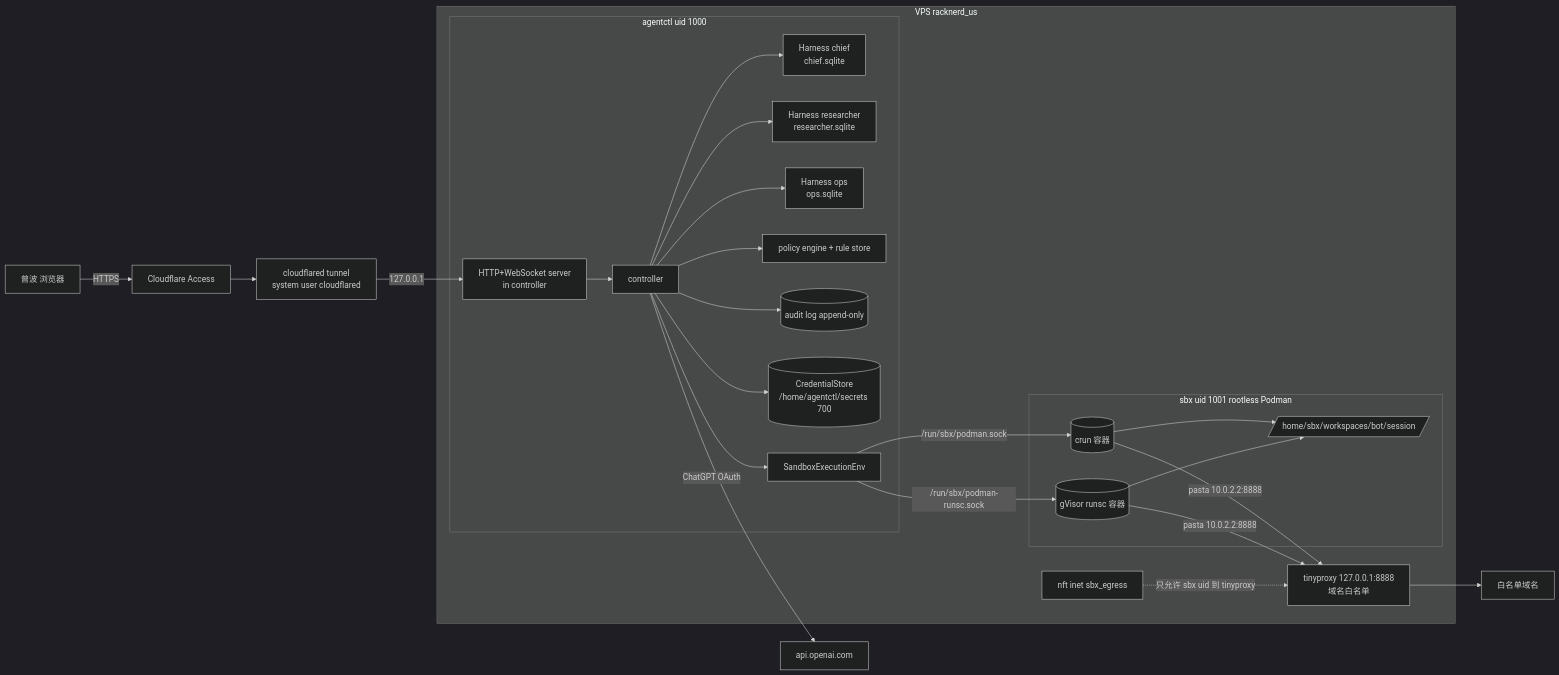
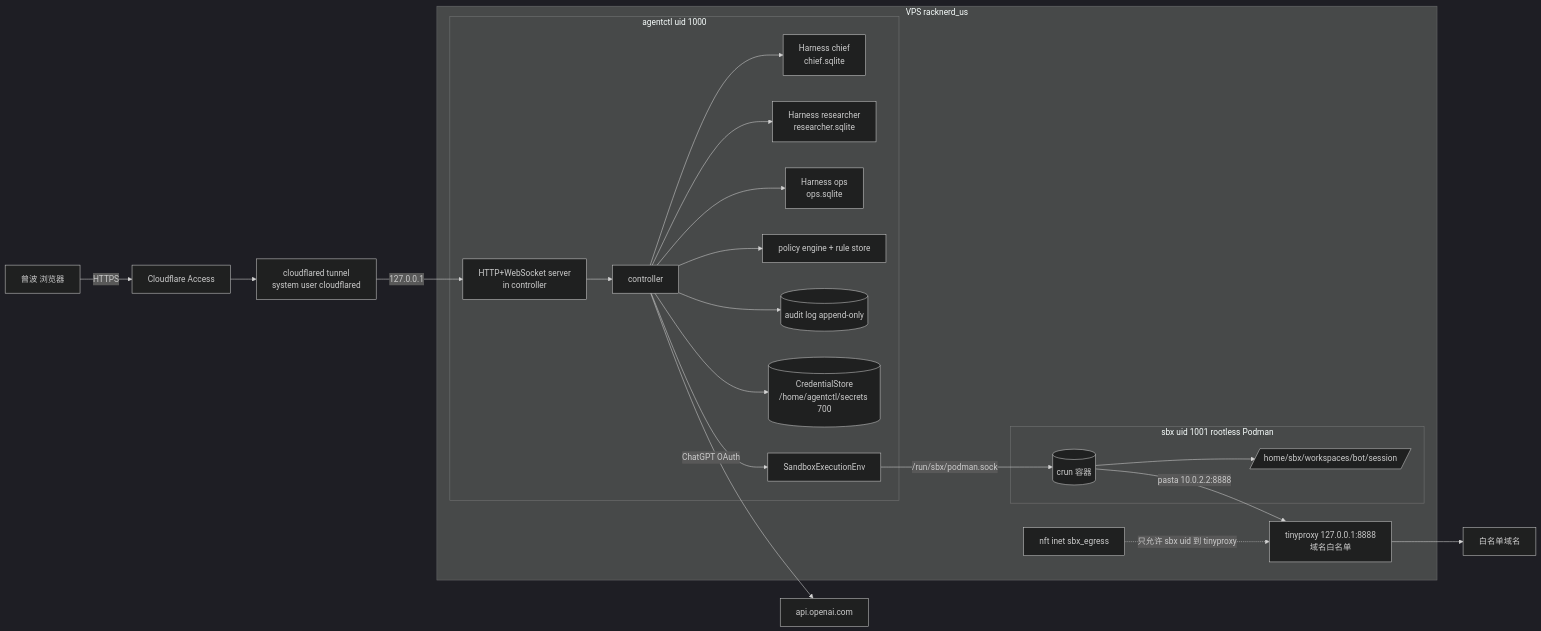
The first of 2 diagrams in docs/design.md (zengbo/pi-personal-agents), drawn with Mermaid (dark theme) before and after one commit. The commit also changed other lines of this file and 30 other files, not shown here.

````diff
--- a/docs/design.md
+++ b/docs/design.md
@@ -19,27 +19,26 @@
 ```mermaid
 flowchart LR
   U[曾波 浏览器] -->|HTTPS| CFA[Cloudflare Access]
   CFA --> CFT[cloudflared tunnel<br/>system user cloudflared]
   CFT -->|127.0.0.1| WEB[HTTP+WebSocket server<br/>in controller]
   subgraph VPS racknerd_us
     subgraph agentctl uid 1000
       WEB --> CTRL[controller]
       CTRL --> H1[Harness chief<br/>chief.sqlite]
       CTRL --> H2[Harness researcher<br/>researcher.sqlite]
       CTRL --> H3[Harness ops<br/>ops.sqlite]
       CTRL --> POL[policy engine + rule store]
       CTRL --> AUD[(audit log append-only)]
       CTRL --> CS[(CredentialStore<br/>/home/agentctl/secrets 700)]
       CTRL --> SBXE[SandboxExecutionEnv]
     end
     subgraph sbx uid 1001 rootless Podman
       SBXE -->|/run/sbx/podman.sock| C1[(crun 容器)]
-      SBXE -->|/run/sbx/podman-runsc.sock| C2[(gVisor runsc 容器)]
-      C1 & C2 --> WS[/home/sbx/workspaces/bot/session/]
+      C1 --> WS[/home/sbx/workspaces/bot/session/]
     end
-    C1 & C2 -->|pasta 10.0.2.2:8888| TP[tinyproxy 127.0.0.1:8888<br/>域名白名单]
+    C1 -->|pasta 10.0.2.2:8888| TP[tinyproxy 127.0.0.1:8888<br/>域名白名单]
     NFT[nft inet sbx_egress] -.只允许 sbx uid 到 tinyproxy.-> TP
   end
   CTRL -->|ChatGPT OAuth| OAI[api.openai.com]
   TP --> NET[白名单域名]
 ```
````
